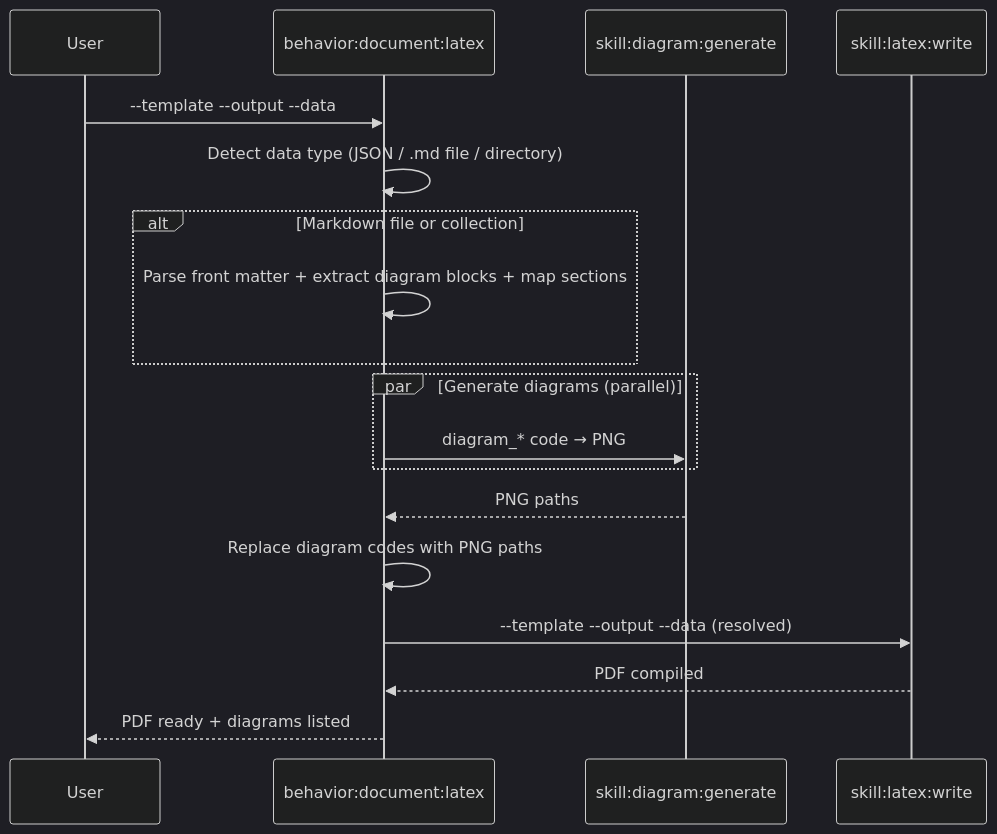
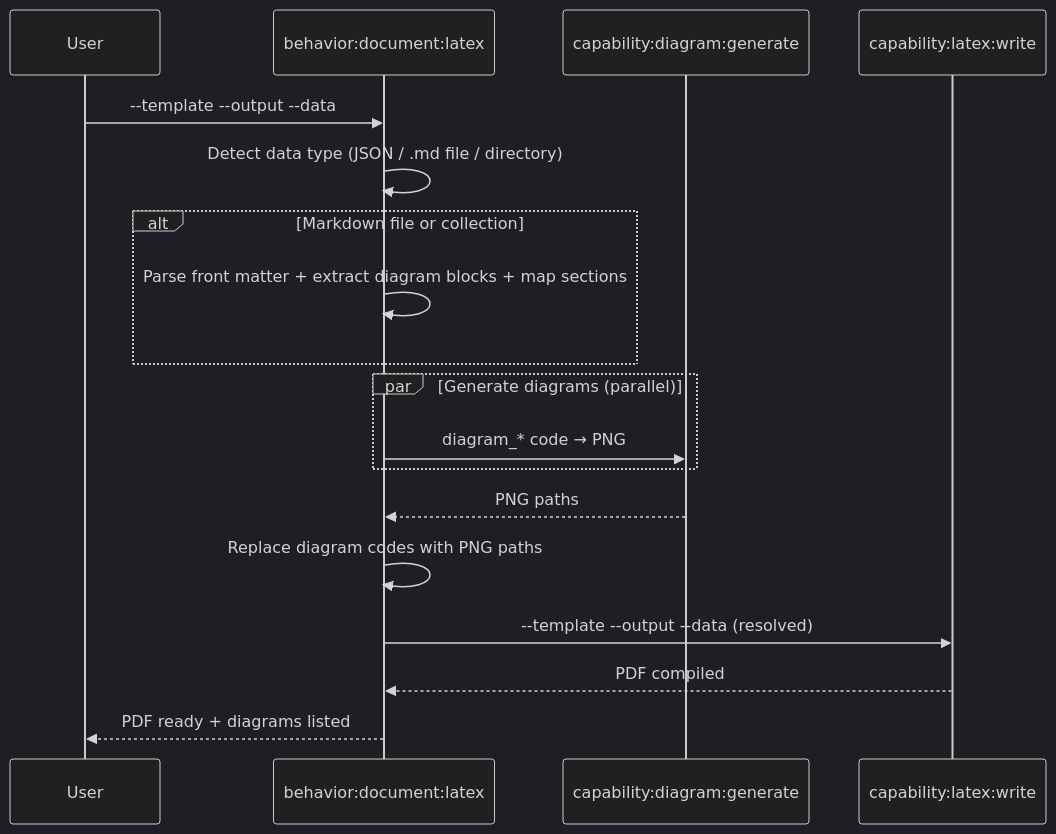
One commit to zzaia/zzaia-agentic-workspace changed the first of 2 diagrams in .claude/commands/behavior/document/latex.md. Above: the diagram before and after it, drawn with Mermaid (dark theme). The commit also changed other lines of this file and 106 other files, not shown here.

Commit message:
Change the skill layer to capability to avoid confusion between the skill pattern;

````diff
--- a/.claude/commands/behavior/document/latex.md
+++ b/.claude/commands/behavior/document/latex.md
@@ -79,21 +79,21 @@
 ```mermaid
 sequenceDiagram
     participant U as User
     participant B as behavior:document:latex
-    participant D as skill:diagram:generate
-    participant L as skill:latex:write
+    participant D as capability:diagram:generate
+    participant L as capability:latex:write
 
     U->>B: --template --output --data
     B->>B: Detect data type (JSON / .md file / directory)
     alt Markdown file or collection
         B->>B: Parse front matter + extract diagram blocks + map sections
     end
     par Generate diagrams (parallel)
         B->>D: diagram_* code → PNG
     end
     D-->>B: PNG paths
     B->>B: Replace diagram codes with PNG paths
     B->>L: --template --output --data (resolved)
     L-->>B: PDF compiled
     B-->>U: PDF ready + diagrams listed
 ```
````
